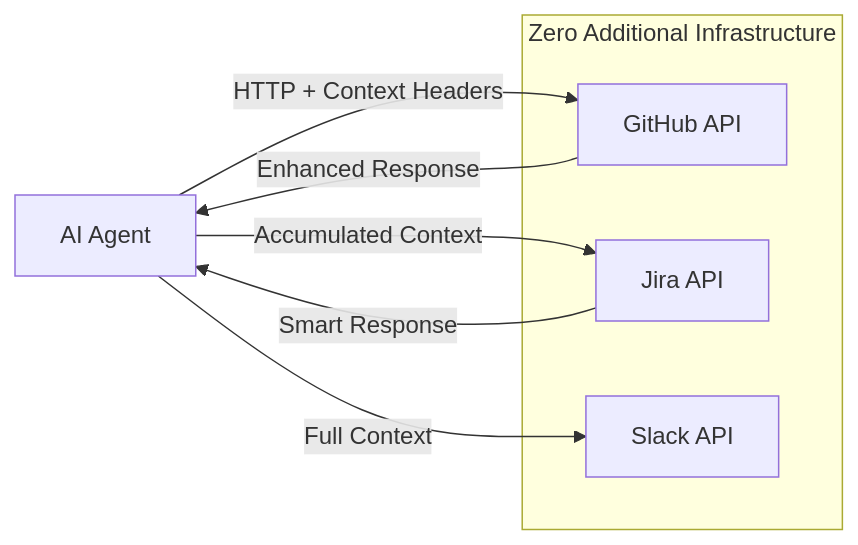
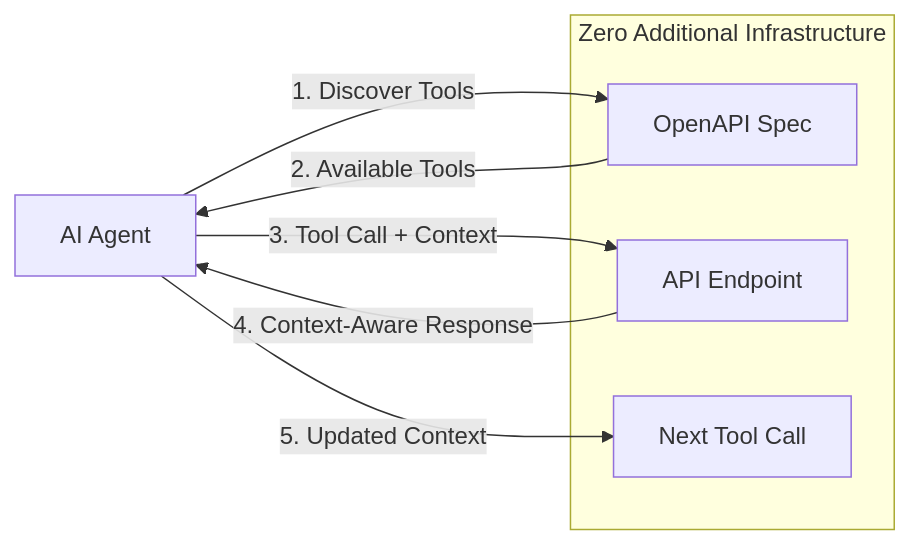
The diagram in SPECIFICATION.md (opencontextprotocol/ocp-spec), drawn with Mermaid before and after one commit. The commit also changed other lines of this file and 12 other files, not shown here.

First line of the commit message:
feat!: add schema discovery for complete MCP feature parity

````diff
--- a/SPECIFICATION.md
+++ b/SPECIFICATION.md
@@ -31,14 +42,14 @@
 ```mermaid
 graph LR
-    A[AI Agent] -->|HTTP + Context Headers| B[GitHub API]
-    B -->|Enhanced Response| A
-    A -->|Accumulated Context| C[Jira API] 
-    C -->|Smart Response| A
-    A -->|Full Context| D[Slack API]
+    A[AI Agent] -->|1. Discover Tools| B[OpenAPI Spec]
+    B -->|2. Available Tools| A
+    A -->|3. Tool Call + Context| C[API Endpoint]
+    C -->|4. Context-Aware Response| A
+    A -->|5. Updated Context| D[Next Tool Call]
     
     subgraph "Zero Additional Infrastructure"
         B
         C  
         D
     end
 ```
````
